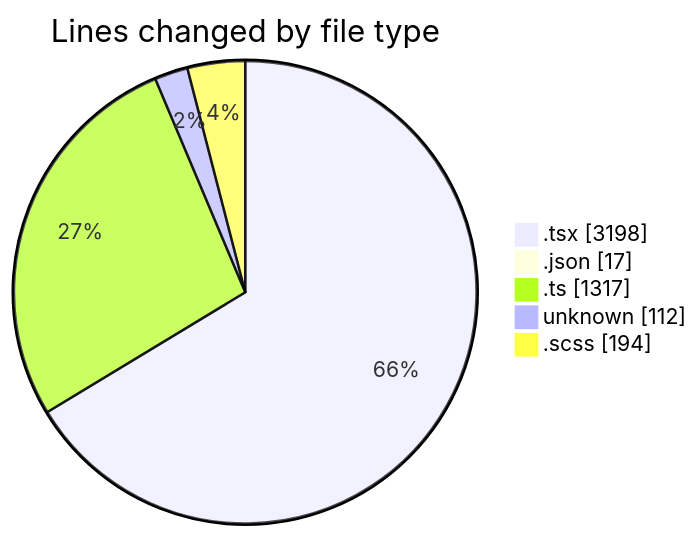
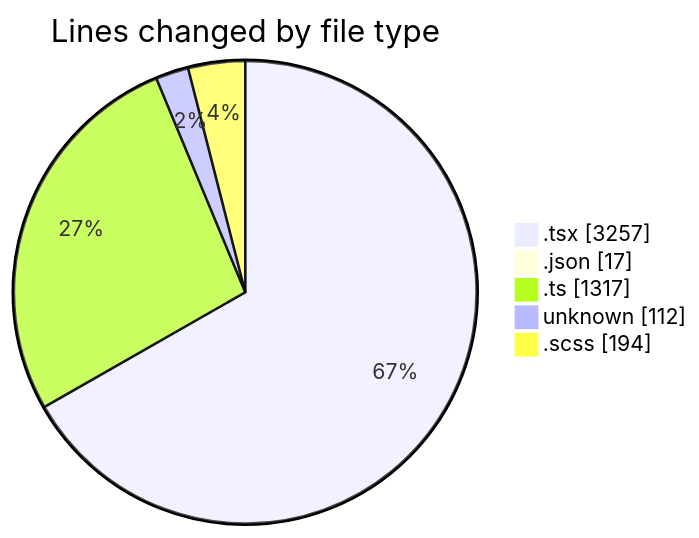
The first of 2 diagrams in 2026-04-30/cda/README.md (momahboobian/code-tracking), drawn with Mermaid before and after one commit. The commit also changed other lines of this file and 1 other file, not shown here.

````diff
--- a/2026-04-30/cda/README.md
+++ b/2026-04-30/cda/README.md
@@ -59,9 +59,9 @@
 ```mermaid
 pie showData
 title Lines changed by file type
-".tsx" : 3198
+".tsx" : 3257
 ".json" : 17
 ".ts" : 1317
 "unknown" : 112
 ".scss" : 194
 ```
````
